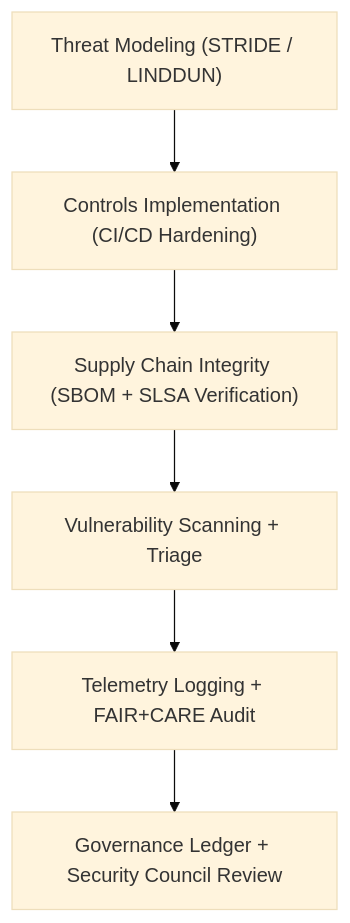
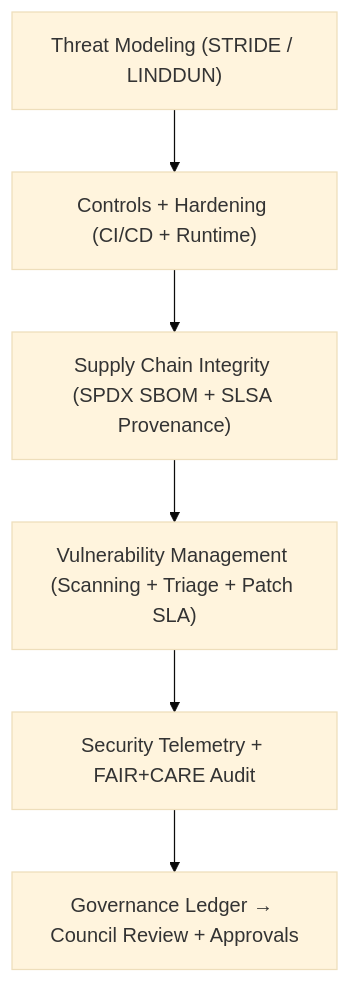
One commit to bartytime4life/Kansas-Frontier-Matrix changed the diagram in docs/security/README.md. Above: the diagram before and after it, drawn with Mermaid (base theme). The commit also changed other lines of this file, not shown here.

````diff
--- a/docs/security/README.md
+++ b/docs/security/README.md
@@ -63,8 +75,8 @@
 ```mermaid
 flowchart TD
-  A["Threat Modeling (STRIDE / LINDDUN)"] --> B["Controls Implementation (CI/CD Hardening)"]
-  B --> C["Supply Chain Integrity (SBOM + SLSA Verification)"]
-  C --> D["Vulnerability Scanning + Triage"]
-  D --> E["Telemetry Logging + FAIR+CARE Audit"]
-  E --> F["Governance Ledger + Security Council Review"]
+  A["Threat Modeling (STRIDE / LINDDUN)"] --> B["Controls + Hardening (CI/CD + Runtime)"]
+  B --> C["Supply Chain Integrity (SPDX SBOM + SLSA Provenance)"]
+  C --> D["Vulnerability Management (Scanning + Triage + Patch SLA)"]
+  D --> E["Security Telemetry + FAIR+CARE Audit"]
+  E --> F["Governance Ledger → Council Review + Approvals"]
 ```
````
